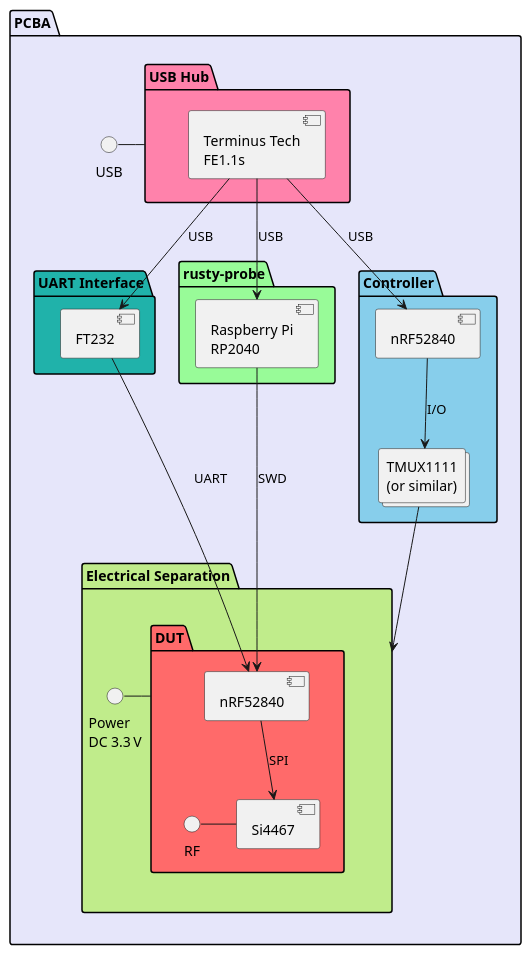
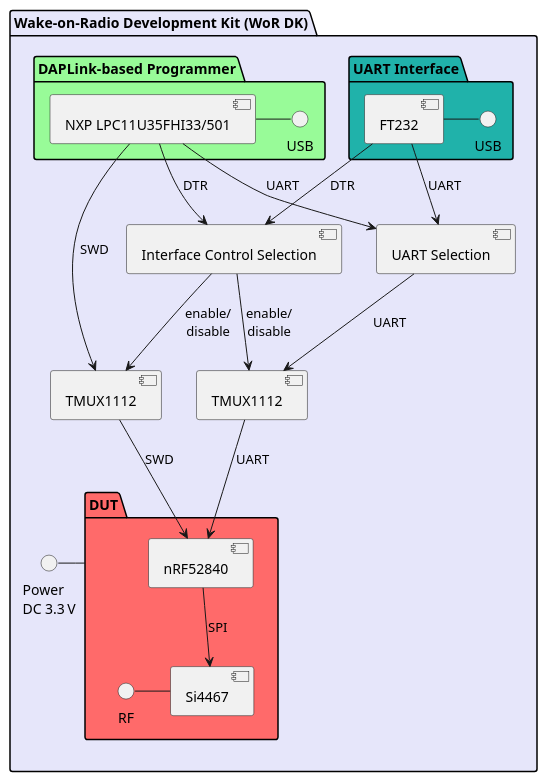
The diagram in wor_dk/doc/block_diagram.puml (husqvarnagroup/smart-garden-testing-hardware), drawn with PlantUML before and after one commit.

Commit message:
wor_dk: adapt documentation to reality

```diff
--- a/wor_dk/doc/block_diagram.puml
+++ b/wor_dk/doc/block_diagram.puml
@@ -1,53 +1,50 @@
 @startuml
 
-package PCBA #e6e6fa {
-    package "Electrical Separation" as connection #c0ec8b {
+package "Wake-on-Radio Development Kit (WoR DK)" #e6e6fa {
+    package DUT #ff6a6a {
+        [nRF52840]
+        [Si4467]
 
-        package DUT #ff6a6a {
-            [nRF52840]
-            [Si4467]
+        nRF52840 --> Si4467 : SPI
 
-            nRF52840 --> Si4467 : SPI
+        RF - [Si4467]
+    }
 
-            RF - [Si4467]
-        }
+    () "Power\nDC 3.3 V" as Power
+    Power - DUT
 
-        () "Power\nDC 3.3 V" as Power
-        Power - DUT
-
-    }
+        [TMUX1112] as TMUX_UART
+        [TMUX1112] as TMUX_SWD
 
     package "UART Interface" #20b2aa {
         [FT232]
+        () USB as USB_FT232
+
+        FT232 - USB_FT232
     }
 
-    package rusty-probe #98fb98 {
-        [Raspberry Pi\nRP2040] as RPI
+    package "DAPLink-based Programmer" #98fb98 {
+        [NXP LPC11U35FHI33/501] as LPC11U35
+        () USB as USB_LPC11U35
+
+        LPC11U35 - USB_LPC11U35
     }
 
-    package Controller #87ceeb {
-        [nRF52840_controller] as "nRF52840"
-        collections "TMUX1111\n(or similar)" as TMUX
+    [UART Selection] as UART_SELECT
+    [Interface Control Selection] as IF_SELECT
 
-        nRF52840_controller --> TMUX : I/O
-    }
+    FT232 --> IF_SELECT : DTR
+    LPC11U35 --> IF_SELECT : DTR
+    IF_SELECT --> TMUX_UART : enable/\ndisable
+    IF_SELECT --> TMUX_SWD : enable/\ndisable
 
-    () USB
+    FT232 --> UART_SELECT : UART
+    LPC11U35 --> UART_SELECT : UART
+    UART_SELECT --> TMUX_UART : UART
+    TMUX_UART --> nRF52840 : UART
 
-    package "USB Hub" #ff82ab {
-        [Terminus Tech\nFE1.1s] as USBHub
-    }
-
-    USB - "USB Hub"
-
-    USBHub --> nRF52840_controller : USB
-    USBHub --> RPI : USB
-    USBHub --> FT232 : USB
-
-    RPI --> nRF52840 : SWD
-    FT232 --> nRF52840 : UART
-
-    TMUX --> connection
+    LPC11U35 --> TMUX_SWD : SWD
+    TMUX_SWD --> nRF52840 : SWD
 }
 
 @enduml
```
